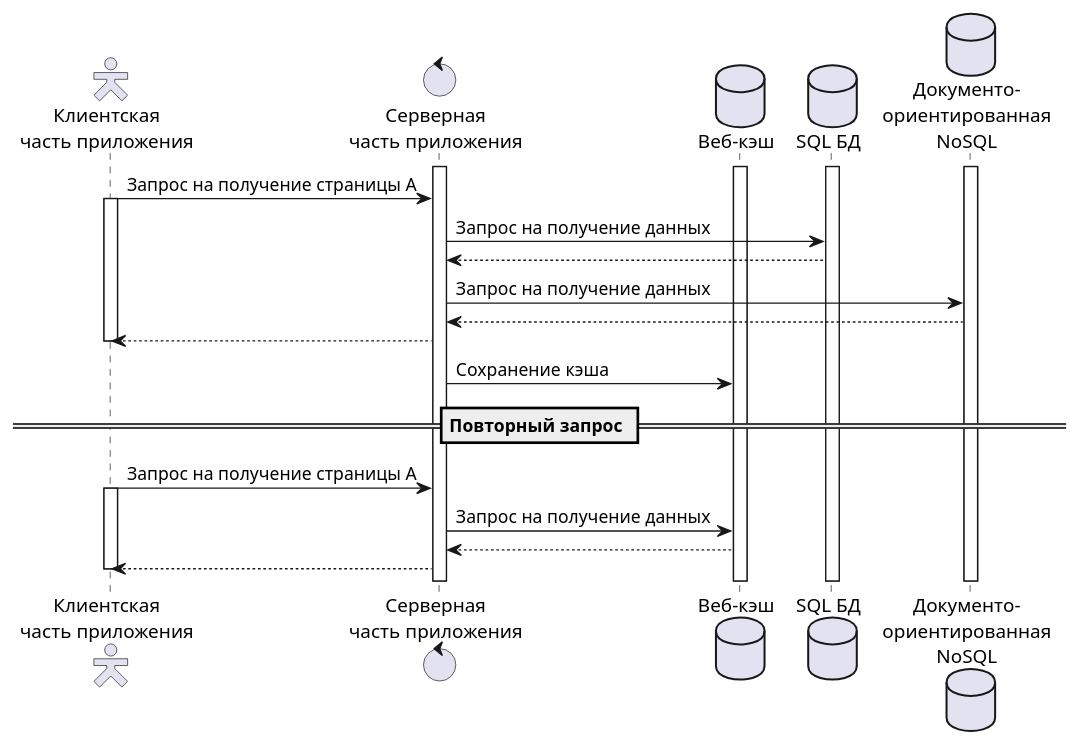
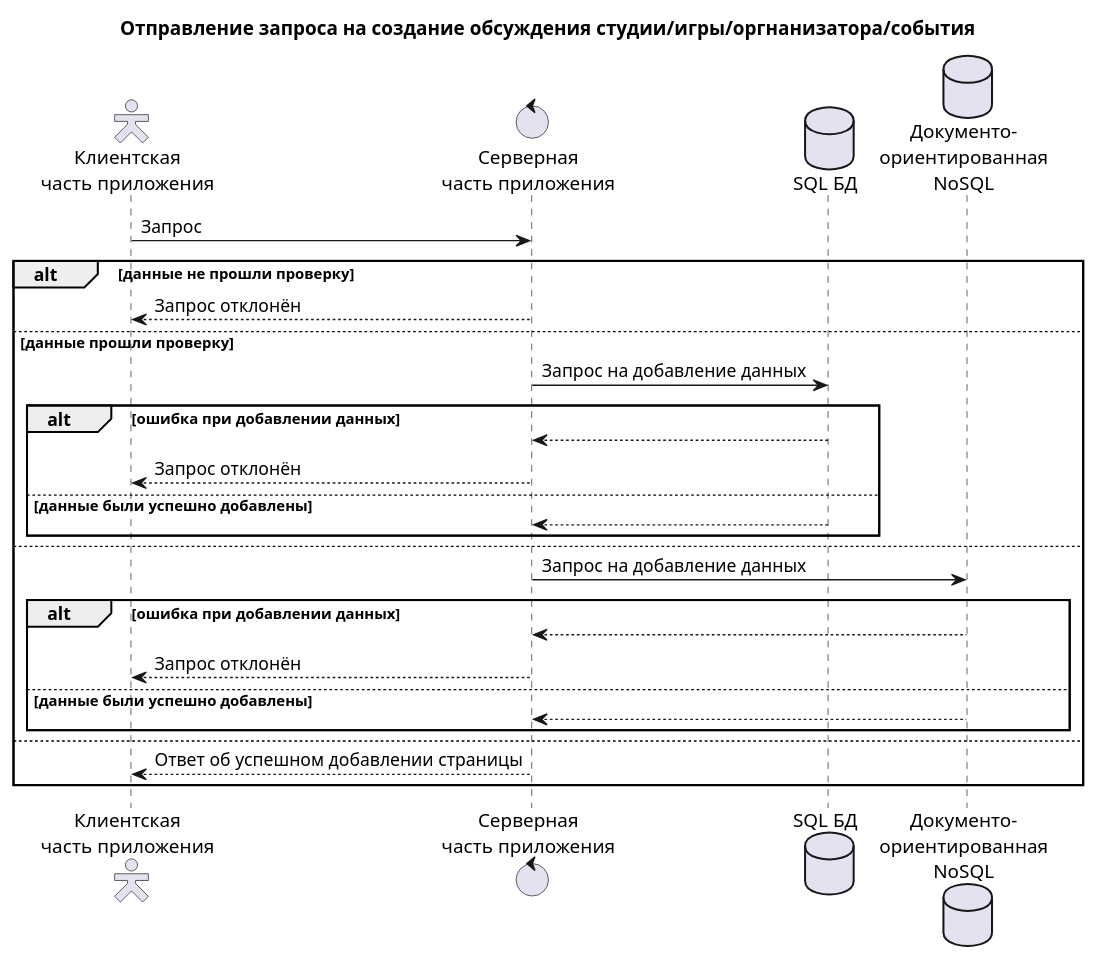
One commit to TrondinDS/SNGGame changed the diagram in doc/diagrams/sequence.plantuml. Above: the diagram before and after it, drawn with PlantUML.

Commit message:
fix sequence diagram

```diff
--- a/doc/diagrams/sequence.plantuml
+++ b/doc/diagrams/sequence.plantuml
@@ -1,36 +1,37 @@
 @startuml
+
+title Отправление запроса на создание обсуждения студии/игры/оргнанизатора/события
 
 skinparam actorStyle hollow
 Actor "Клиентская\nчасть приложения" as user
 Control "Серверная\nчасть приложения" as backend
-Database "Веб-кэш" as web_cache
 Database "SQL БД" as sql
 Database "Документо-\nориентированная\nNoSQL" as docdb
 
-activate backend
-activate web_cache
-activate sql
-activate docdb
 
-user -> backend : Запрос на получение страницы А
-activate user
-backend -> sql : Запрос на получение данных
-sql --> backend
-backend -> docdb : Запрос на получение данных
-docdb --> backend
-backend --> user
-' backend -> user : Отправка запрашиваемой страницы
-deactivate user
-backend -> web_cache : Сохранение кэша
+user -> backend : Запрос
 
-== Повторный запрос ==
+alt данные не прошли проверку
+    backend --> user : Запрос отклонён
+else данные прошли проверку
+    backend -> sql : Запрос на добавление данных
+    alt ошибка при добавлении данных
+        sql --> backend
+        backend --> user : Запрос отклонён
+    else данные были успешно добавлены
+        sql --> backend
+    end
+else
+    backend -> docdb : Запрос на добавление данных
+    alt ошибка при добавлении данных
+        docdb --> backend
+        backend --> user : Запрос отклонён
+    else данные были успешно добавлены
+        docdb --> backend
+    end
+else
+    backend --> user : Ответ об успешном добавлении страницы
+end
 
-user -> backend : Запрос на получение страницы А
-activate user
-backend -> web_cache : Запрос на получение данных
-web_cache --> backend
-backend --> user
-' backend -> user : Отправка запрашиваемой страницы
-deactivate user
 
 @enduml
```
